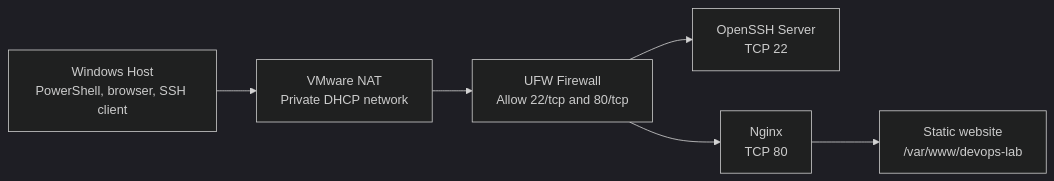
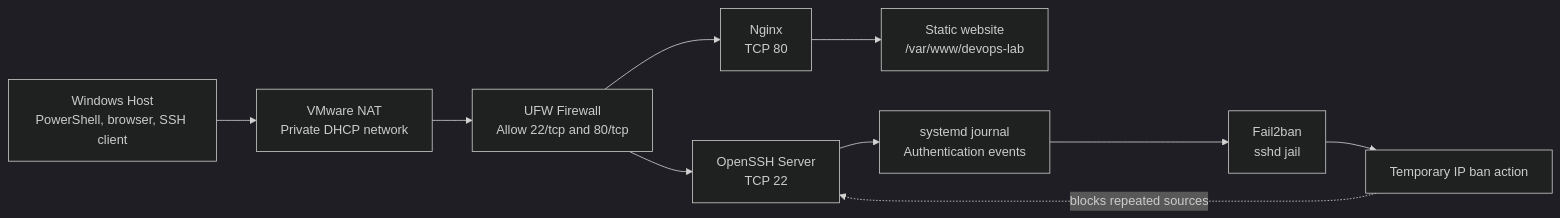
Before and after one commit to yagizder/production-linux-web-server: the diagram in README.md, drawn with Mermaid (dark theme). The commit also changed other lines of this file and 9 other files, not shown here.

````diff
--- a/README.md
+++ b/README.md
@@ -28,13 +32,18 @@
 ```mermaid
 flowchart LR
     Host["Windows Host<br/>PowerShell, browser, SSH client"]
     NAT["VMware NAT<br/>Private DHCP network"]
     UFW["UFW Firewall<br/>Allow 22/tcp and 80/tcp"]
     SSH["OpenSSH Server<br/>TCP 22"]
     Nginx["Nginx<br/>TCP 80"]
     Site["Static website<br/>/var/www/devops-lab"]
+    Journal["systemd journal<br/>Authentication events"]
+    F2B["Fail2ban<br/>sshd jail"]
+    Ban["Temporary IP ban action"]
 
     Host --> NAT --> UFW
     UFW --> SSH
     UFW --> Nginx --> Site
+    SSH --> Journal --> F2B --> Ban
+    Ban -. blocks repeated sources .-> SSH
 ```
````
